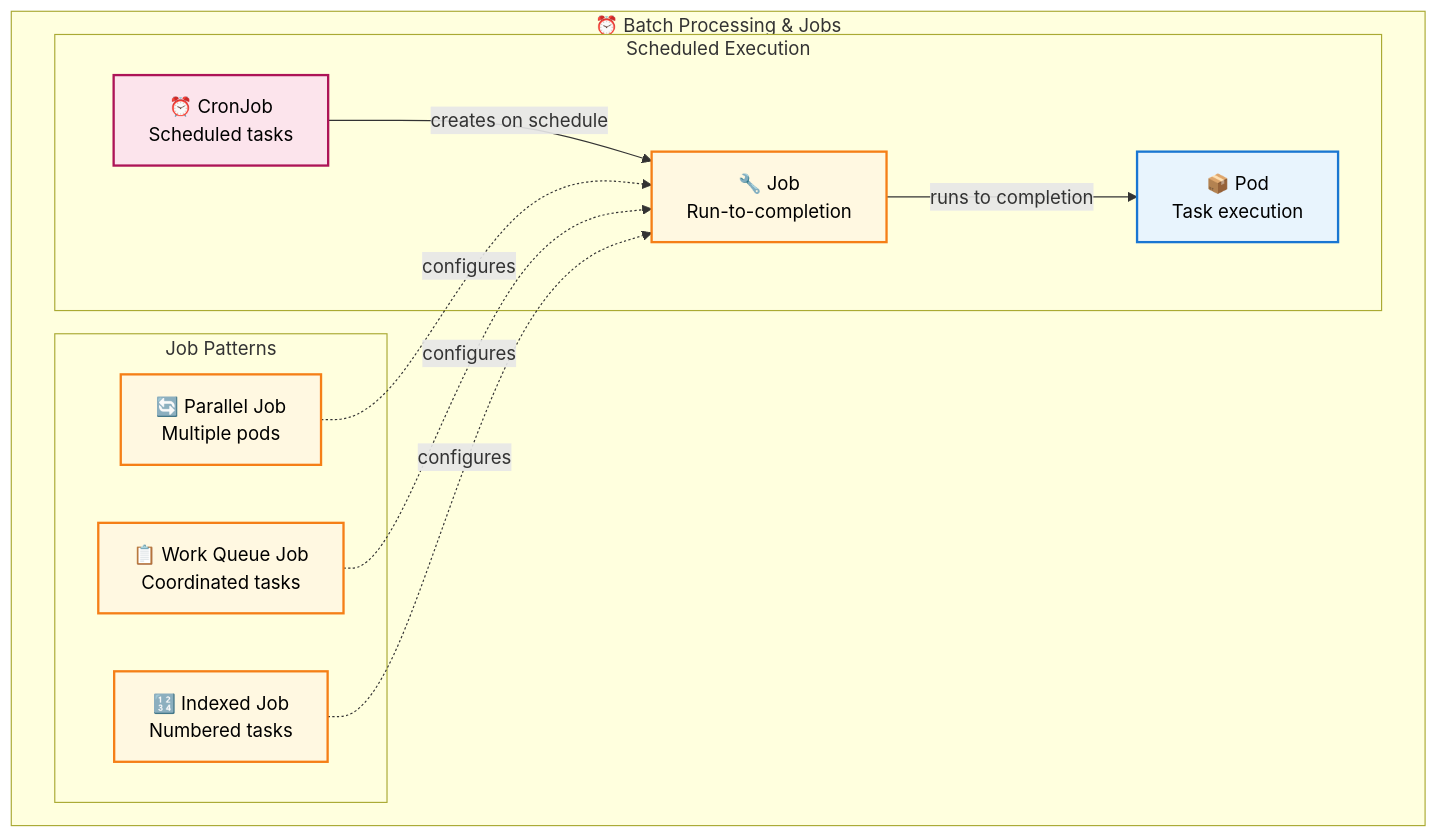
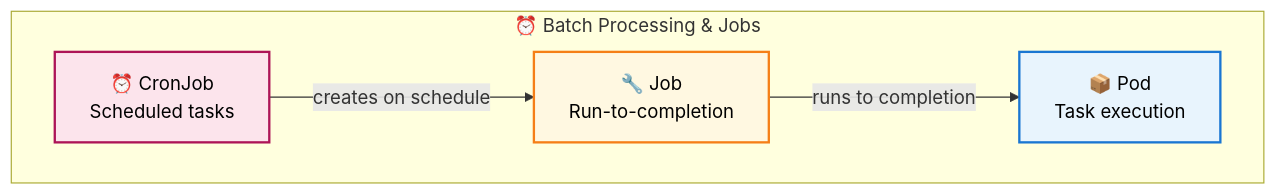
The second of 8 diagrams in 1.4_distributed_systems/kubernetes_developer_guide.md (razkevich/system_design_course), drawn with Mermaid before and after one commit. The commit also changed other lines of this file, not shown here.

Commit message:
exactly once

````diff
--- a/1.4_distributed_systems/kubernetes_developer_guide.md
+++ b/1.4_distributed_systems/kubernetes_developer_guide.md
@@ -45,31 +45,15 @@
 ```mermaid
 flowchart TD
     subgraph "⏰ Batch Processing & Jobs"
+        CronJob["⏰ CronJob<br/>Scheduled tasks"]
+        Job["🔧 Job<br/>Run-to-completion"]
+        BatchPod["📦 Pod<br/>Task execution"]
         
-        subgraph "Scheduled Execution"
-            CronJob["⏰ CronJob<br/>Scheduled tasks"]
-            Job["🔧 Job<br/>Run-to-completion"]
-            BatchPod["📦 Pod<br/>Task execution"]
-            
-            CronJob -->|"creates on schedule"| Job
-            Job -->|"runs to completion"| BatchPod
-        end
-        
-        subgraph "Job Patterns"
-            ParallelJob["🔄 Parallel Job<br/>Multiple pods"]
-            WorkQueue["📋 Work Queue Job<br/>Coordinated tasks"]
-            IndexedJob["🔢 Indexed Job<br/>Numbered tasks"]
-            
-            ParallelJob -.->|"configures"| Job
-            WorkQueue -.->|"configures"| Job
-            IndexedJob -.->|"configures"| Job
-        end
+        CronJob -->|"creates on schedule"| Job
+        Job -->|"runs to completion"| BatchPod
     end
     
     style BatchPod fill:#e8f4fd,stroke:#1976d2,stroke-width:2px,color:#000
     style Job fill:#fff8e1,stroke:#f57f17,stroke-width:2px,color:#000
     style CronJob fill:#fce4ec,stroke:#ad1457,stroke-width:2px,color:#000
-    style ParallelJob fill:#fff8e1,stroke:#f57f17,stroke-width:2px,color:#000
-    style WorkQueue fill:#fff8e1,stroke:#f57f17,stroke-width:2px,color:#000
-    style IndexedJob fill:#fff8e1,stroke:#f57f17,stroke-width:2px,color:#000
 ```
````
